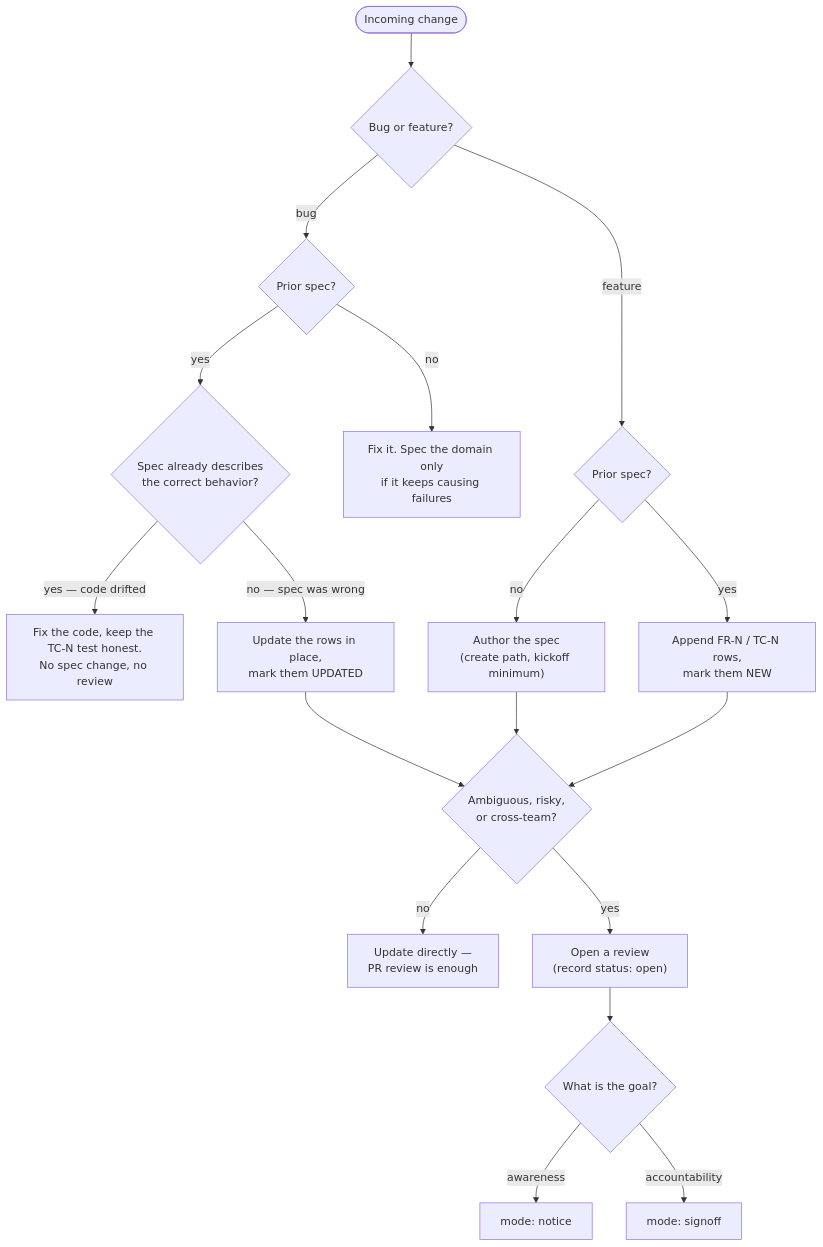
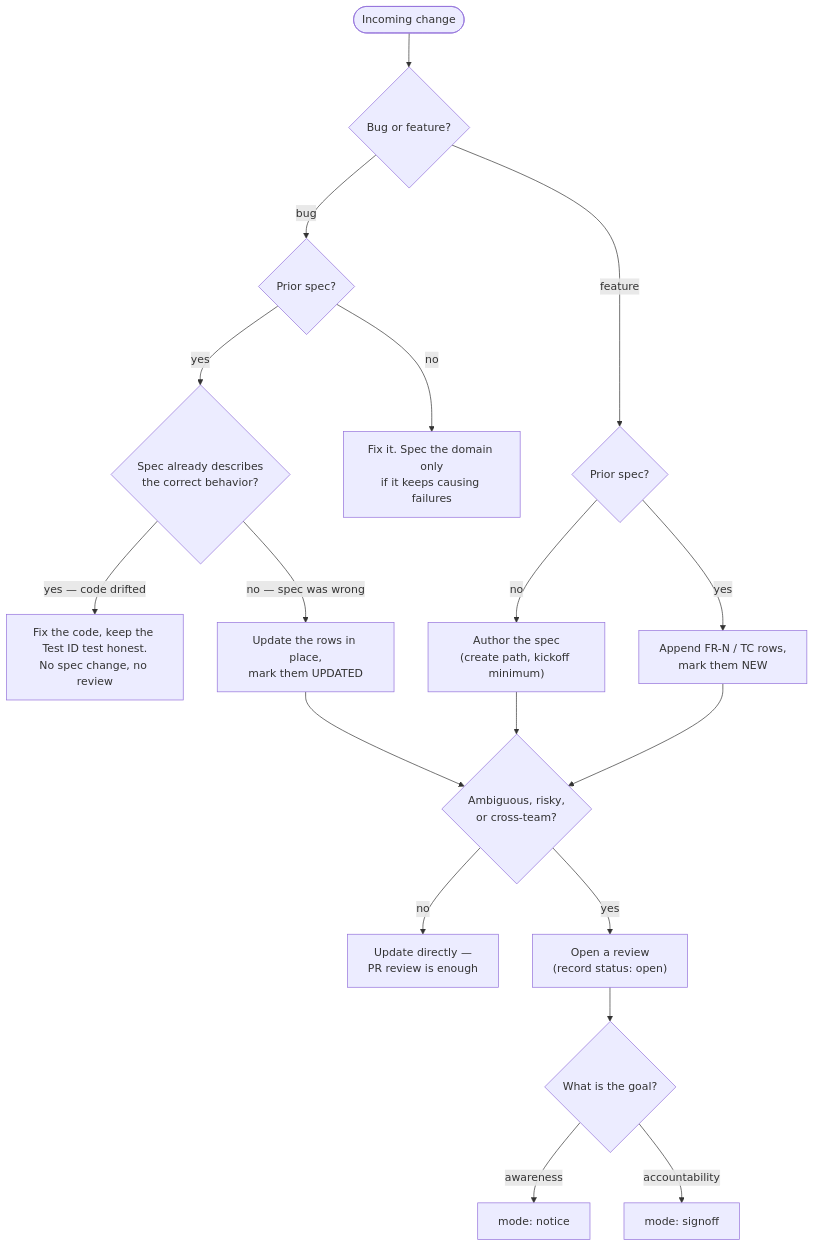
One commit to rosenjcb/spec-md changed the diagram in REVIEW.md. Above: the diagram before and after it, drawn with Mermaid. The commit also changed other lines of this file and 42 other files, not shown here.

````diff
--- a/REVIEW.md
+++ b/REVIEW.md
@@ -63,25 +63,25 @@
 ```mermaid
 flowchart TD
     change([Incoming change]) --> kind{Bug or feature?}
 
     kind -- bug --> bspec{Prior spec?}
     kind -- feature --> fspec{Prior spec?}
 
     bspec -- no --> fix["Fix it. Spec the domain only<br/>if it keeps causing failures"]
     bspec -- yes --> drift{Spec already describes<br/>the correct behavior?}
-    drift -- "yes — code drifted" --> conform["Fix the code, keep the TC-N test honest.<br/>No spec change, no review"]
+    drift -- "yes — code drifted" --> conform["Fix the code, keep the Test ID test honest.<br/>No spec change, no review"]
     drift -- "no — spec was wrong" --> amend["Update the rows in place,<br/>mark them UPDATED"]
 
     fspec -- no --> author["Author the spec<br/>(create path, kickoff minimum)"]
-    fspec -- yes --> extend["Append FR-N / TC-N rows,<br/>mark them NEW"]
+    fspec -- yes --> extend["Append FR-N / TC rows,<br/>mark them NEW"]
 
     amend --> gate{Ambiguous, risky,<br/>or cross-team?}
     author --> gate
     extend --> gate
 
     gate -- no --> direct["Update directly —<br/>PR review is enough"]
     gate -- yes --> round["Open a review<br/>(record status: open)"]
     round --> goal{What is the goal?}
     goal -- awareness --> notice["mode: notice"]
     goal -- accountability --> signoff["mode: signoff"]
 ```
````
